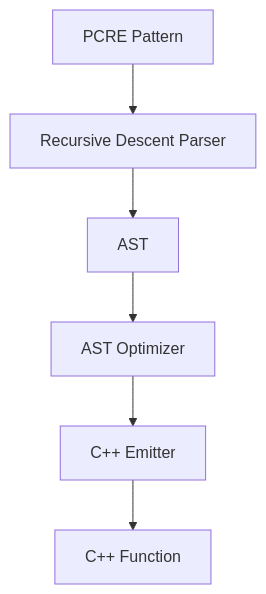
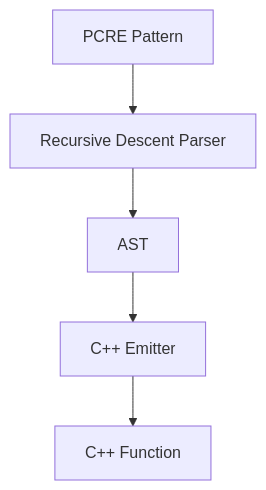
Before and after one commit to aldehir/pcre-to-cpp: the diagram in design.md, drawn with Mermaid. The commit also changed other lines of this file and 1 other file, not shown here.

Commit message:
remove optimizer, does not do much

````diff
--- a/design.md
+++ b/design.md
@@ -9,8 +9,7 @@
 ```mermaid
 flowchart TD
     A["PCRE Pattern"] --> B["Recursive Descent Parser"]
     B --> C["AST"]
-    C --> D["AST Optimizer"]
-    D --> E["C++ Emitter"]
-    E --> F["C++ Function"]
+    C --> D["C++ Emitter"]
+    D --> E["C++ Function"]
 ```
````
